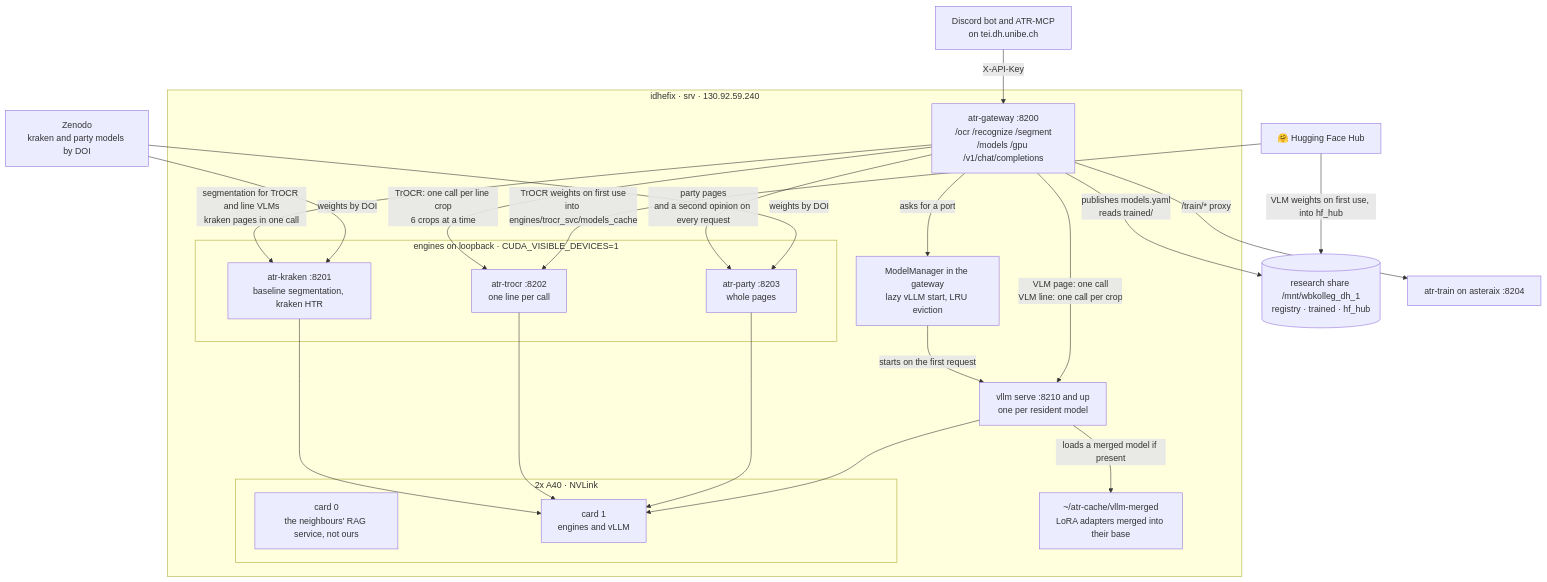
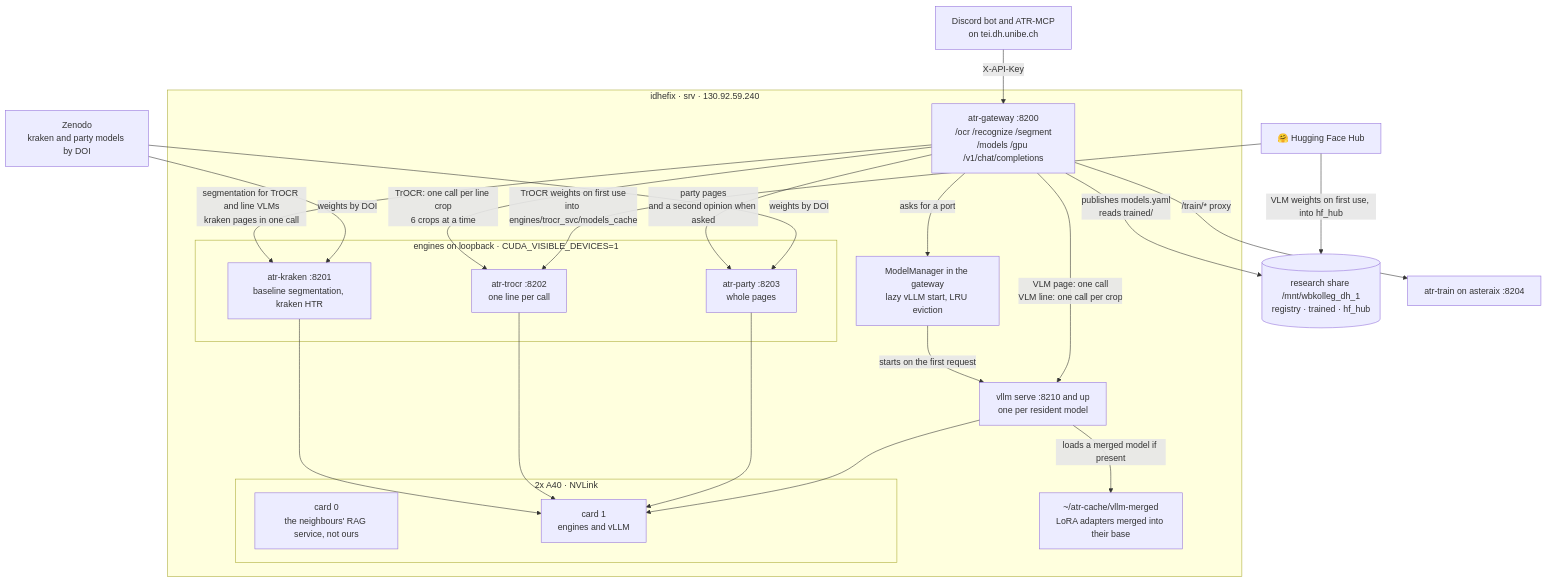
One commit to thodel/serving-atr-inference changed the second of 3 diagrams in docs/INFRASTRUCTURE.md. Above: the diagram before and after it, drawn with Mermaid. The commit also changed other lines of this file and 7 other files, not shown here.

First line of the commit message:
party liest nur noch auf Anfrage mit: second_opinion=party (#265)

````diff
--- a/docs/INFRASTRUCTURE.md
+++ b/docs/INFRASTRUCTURE.md
@@ -103,41 +103,41 @@
 ```mermaid
 flowchart TB
   clients["Discord bot and ATR-MCP<br/>on tei.dh.unibe.ch"]
   subgraph idhefix["idhefix · srv · 130.92.59.240"]
     gw["atr-gateway :8200<br/>/ocr /recognize /segment<br/>/models /gpu /v1/chat/completions"]
     mm["ModelManager in the gateway<br/>lazy vLLM start, LRU eviction"]
     subgraph engines["engines on loopback · CUDA_VISIBLE_DEVICES=1"]
       kr["atr-kraken :8201<br/>baseline segmentation, kraken HTR"]
       tr["atr-trocr :8202<br/>one line per call"]
       pa["atr-party :8203<br/>whole pages"]
     end
     vl["vllm serve :8210 and up<br/>one per resident model"]
     merged["~/atr-cache/vllm-merged<br/>LoRA adapters merged into their base"]
     subgraph gpus["2x A40 · NVLink"]
       g0["card 0<br/>the neighbours' RAG service, not ours"]
       g1["card 1<br/>engines and vLLM"]
     end
   end
   share[("research share /mnt/wbkolleg_dh_1<br/>registry · trained · hf_hub")]
   hub["🤗 Hugging Face Hub"]
   zen["Zenodo<br/>kraken and party models by DOI"]
   trainer["atr-train on asteraix :8204"]
   clients -- "X-API-Key" --> gw
   gw -- "segmentation for TrOCR and line VLMs<br/>kraken pages in one call" --> kr
   gw -- "TrOCR: one call per line crop<br/>6 crops at a time" --> tr
-  gw -- "party pages<br/>and a second opinion on every request" --> pa
+  gw -- "party pages<br/>and a second opinion when asked" --> pa
   gw -- "asks for a port" --> mm
   mm -- "starts on the first request" --> vl
   gw -- "VLM page: one call<br/>VLM line: one call per crop" --> vl
   vl -- "loads a merged model if present" --> merged
   kr --> g1
   tr --> g1
   pa --> g1
   vl --> g1
   gw -- "publishes models.yaml<br/>reads trained/" --> share
   hub -- "VLM weights on first use, into hf_hub" --> share
   hub -- "TrOCR weights on first use<br/>into engines/trocr_svc/models_cache" --> tr
   zen -- "weights by DOI" --> kr
   zen -- "weights by DOI" --> pa
   gw -- "/train/* proxy" --> trainer
 ```
````
